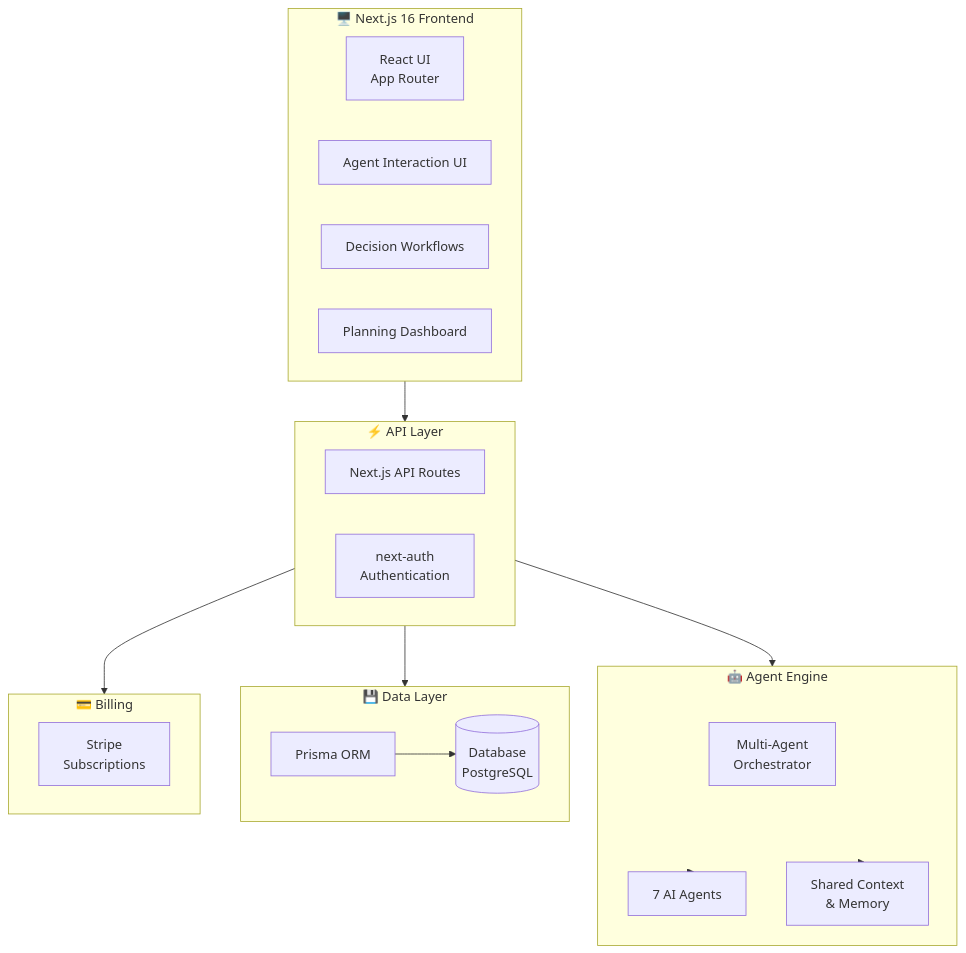
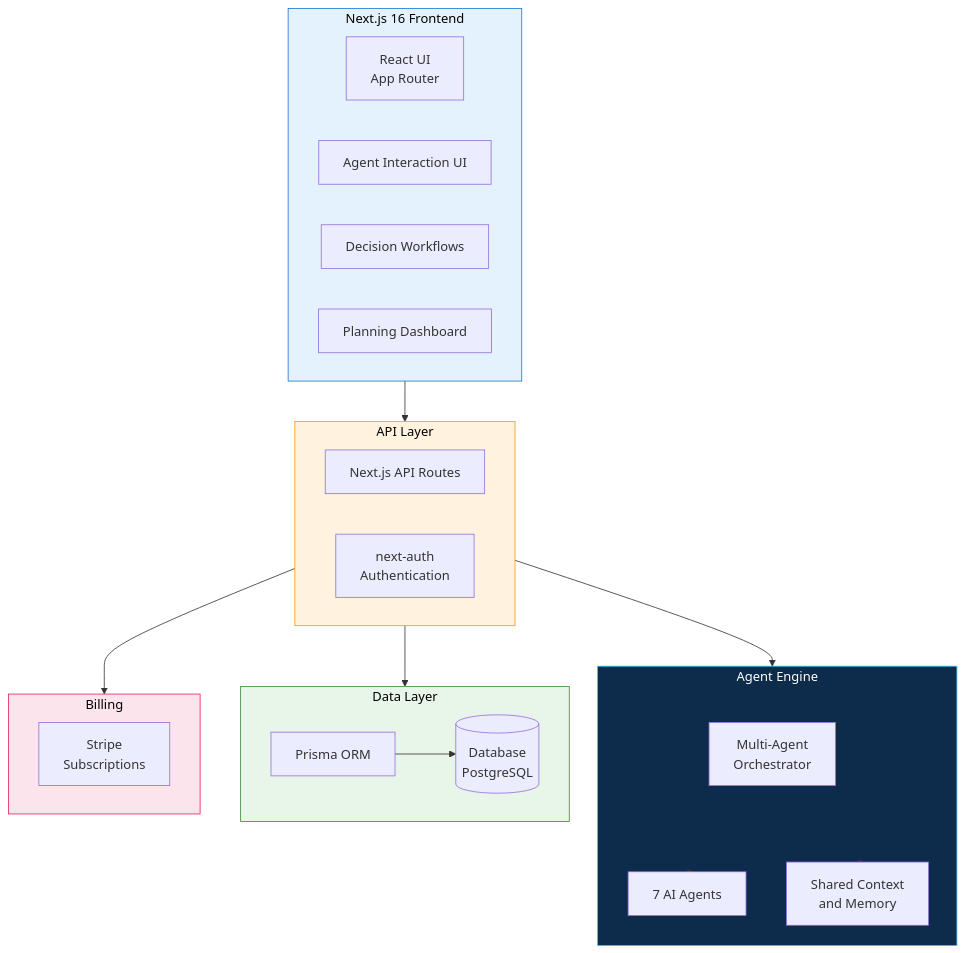
The fourth of 4 diagrams in README.md (mulkymalikuldhrs/famlyzer-ai), drawn with Mermaid before and after one commit. The commit also changed other lines of this file and 1 other file, not shown here.

Commit message:
🎨 Upgrade: banner image + fixed Mermaid + animations + flow diagrams

````diff
--- a/README.md
+++ b/README.md
@@ -260,37 +210,43 @@
 ```mermaid
 flowchart TB
-    subgraph Client["🖥️ Next.js 16 Frontend"]
+    subgraph Client["Next.js 16 Frontend"]
         UI[React UI<br/>App Router]
         AgentUI[Agent Interaction UI]
         DecUI[Decision Workflows]
         PlanUI[Planning Dashboard]
     end
 
-    subgraph API["⚡ API Layer"]
+    subgraph APILayer["API Layer"]
         NextAPI[Next.js API Routes]
         Auth[next-auth<br/>Authentication]
     end
 
-    subgraph Engine["🤖 Agent Engine"]
+    subgraph AgentEngine["Agent Engine"]
         Orch[Multi-Agent<br/>Orchestrator]
-        Agents[7 AI Agents]
-        Memory[Shared Context<br/>& Memory]
+        AgentList[7 AI Agents]
+        Memory[Shared Context<br/>and Memory]
     end
 
-    subgraph Data["💾 Data Layer"]
+    subgraph DataLayer["Data Layer"]
         Prisma[Prisma ORM]
         DB[(Database<br/>PostgreSQL)]
     end
 
-    subgraph Payments["💳 Billing"]
+    subgraph Payments["Billing"]
         Stripe[Stripe<br/>Subscriptions]
     end
 
-    Client --> API
-    API --> Engine
-    Engine --> Agents
-    Engine --> Memory
-    API --> Data
+    Client --> APILayer
+    APILayer --> AgentEngine
+    AgentEngine --> AgentList
+    AgentEngine --> Memory
+    APILayer --> DataLayer
     Prisma --> DB
-    API --> Payments
+    APILayer --> Payments
+
+    style Client fill:#e3f2fd,stroke:#1976d2,color:#000
+    style APILayer fill:#fff3e0,stroke:#ff9800,color:#000
+    style AgentEngine fill:#0d2b4a,stroke:#38bdf8,color:#fff
+    style DataLayer fill:#e8f5e9,stroke:#388e3c,color:#000
+    style Payments fill:#fce4ec,stroke:#e91e63,color:#000
 ```
````
